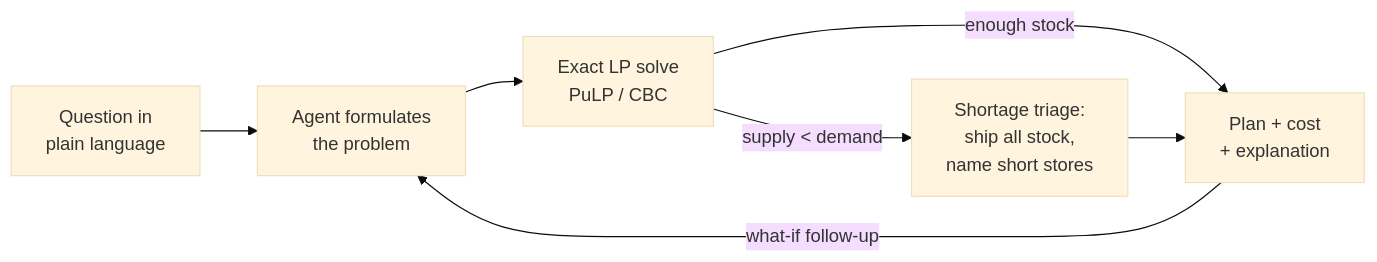
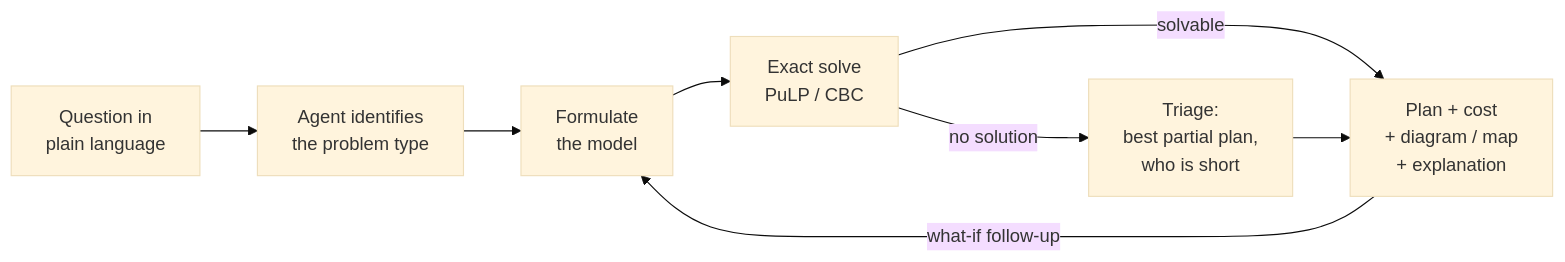
The first of 2 diagrams in README.md (ibipul/agentic_logistic_handler), drawn with Mermaid (base theme) before and after one commit. The commit also changed other lines of this file and 16 other files, not shown here.

First line of the commit message:
Generalize the agent to four logistics problem types, with network diagram and map

````diff
--- a/README.md
+++ b/README.md
@@ -11,9 +20,10 @@
 ```mermaid
 flowchart LR
-    Q[Question in<br/>plain language] --> F[Agent formulates<br/>the problem]
-    F --> S[Exact LP solve<br/>PuLP / CBC]
-    S -->|enough stock| R[Plan + cost<br/>+ explanation]
-    S -->|supply < demand| T[Shortage triage:<br/>ship all stock,<br/>name short stores]
+    Q[Question in<br/>plain language] --> I[Agent identifies<br/>the problem type]
+    I --> F[Formulate<br/>the model]
+    F --> S[Exact solve<br/>PuLP / CBC]
+    S -->|solvable| R[Plan + cost<br/>+ diagram / map<br/>+ explanation]
+    S -->|no solution| T[Triage:<br/>best partial plan,<br/>who is short]
     T --> R
     R -->|what-if follow-up| F
 ```
````
